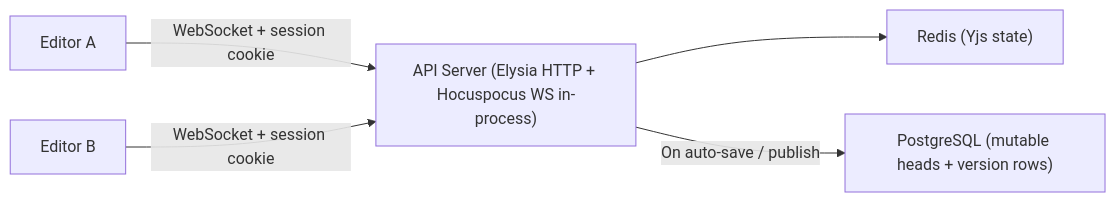
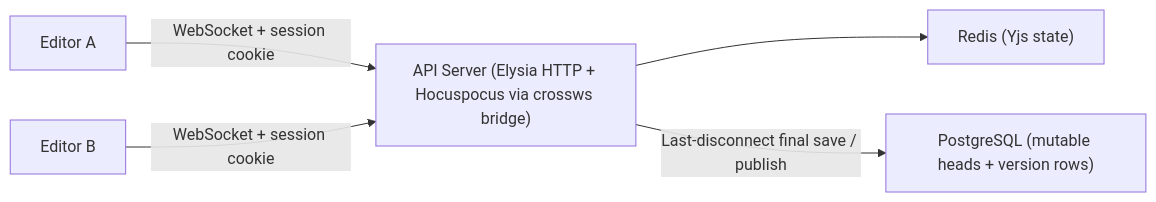
The diagram in docs/specs/SPEC-007-editor-mdx-and-collaboration.md (mdcms-ai/mdcms), drawn with Mermaid before and after one commit. The commit also changed other lines of this file and 5 other files, not shown here.

````diff
--- a/docs/specs/SPEC-007-editor-mdx-and-collaboration.md
+++ b/docs/specs/SPEC-007-editor-mdx-and-collaboration.md
@@ -39,7 +37,7 @@
 ```mermaid
 flowchart LR
-  EA["Editor A"] -->|"WebSocket + session cookie"| API["API Server (Elysia HTTP + Hocuspocus WS in-process)"]
+  EA["Editor A"] -->|"WebSocket + session cookie"| API["API Server (Elysia HTTP + Hocuspocus via crossws bridge)"]
   EB["Editor B"] -->|"WebSocket + session cookie"| API
   API --> REDIS["Redis (Yjs state)"]
-  API -->|"On auto-save / publish"| PG["PostgreSQL (mutable heads + version rows)"]
+  API -->|"Last-disconnect final save / publish"| PG["PostgreSQL (mutable heads + version rows)"]
 ```
````
